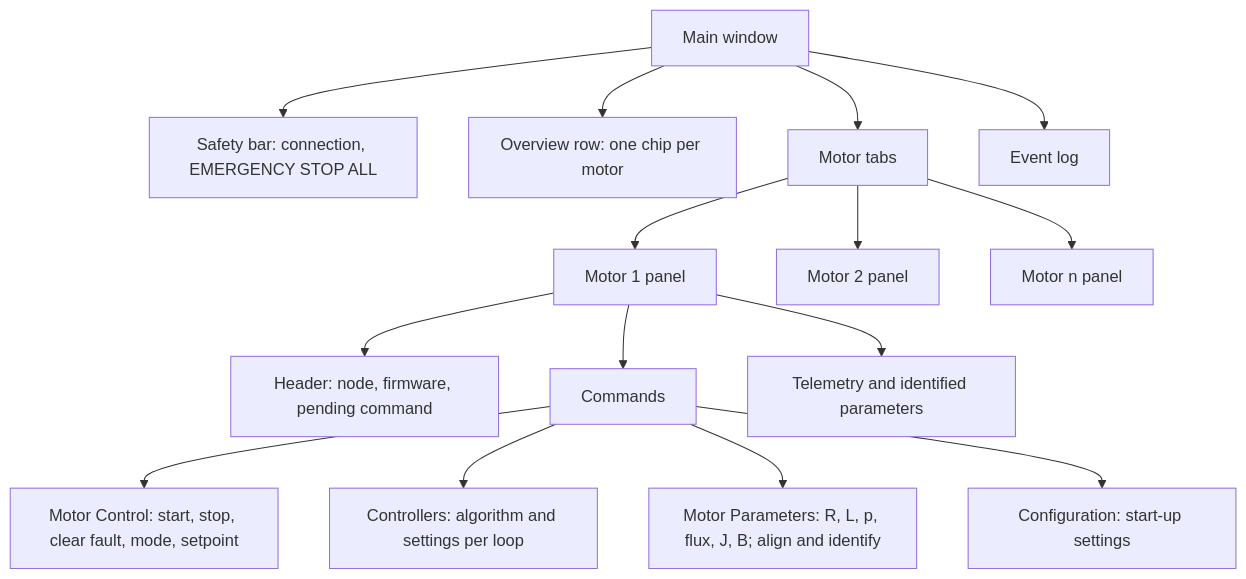
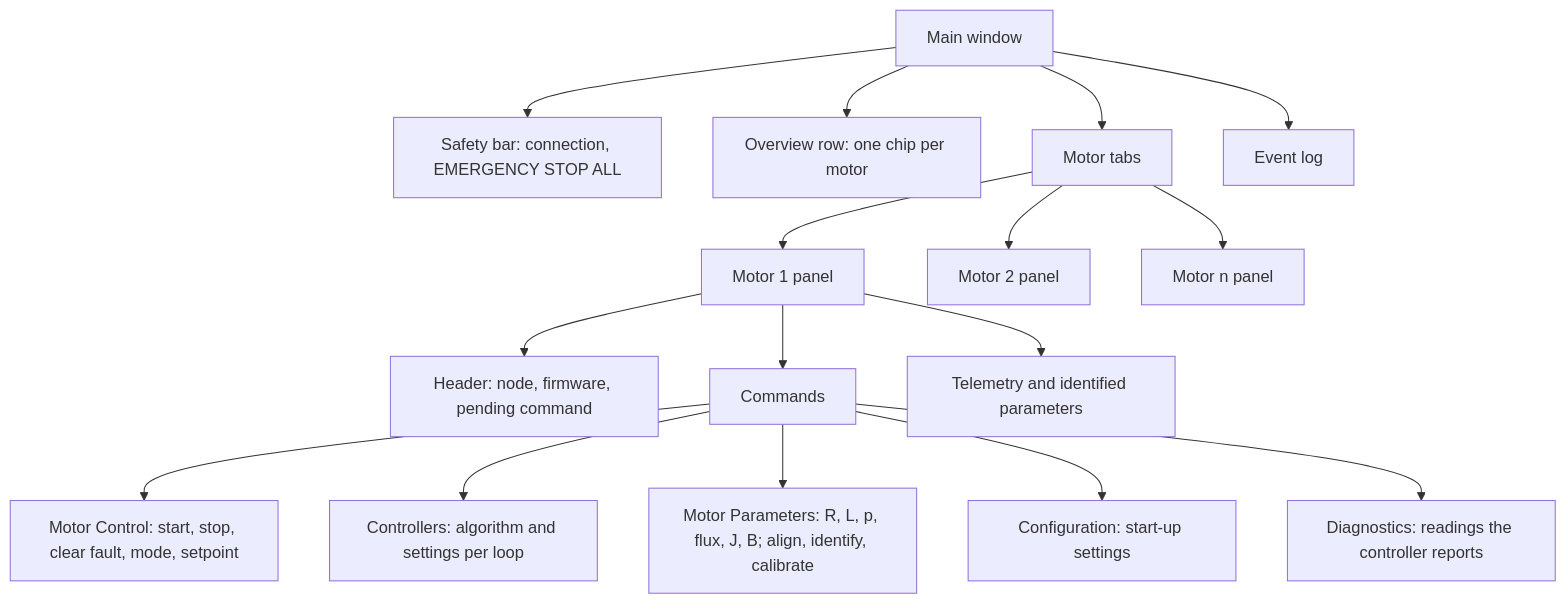
Before and after one commit to embedded-pro/e-foc: the first of 8 diagrams in documentation/design/tool-can-commander.md, drawn with Mermaid. The commit also changed other lines of this file and 108 other files, not shown here.

````diff
--- a/documentation/design/tool-can-commander.md
+++ b/documentation/design/tool-can-commander.md
@@ -71,17 +71,18 @@
 ```mermaid
 graph TD
     Window["Main window"] --> Safety["Safety bar: connection, EMERGENCY STOP ALL"]
     Window --> Overview["Overview row: one chip per motor"]
     Window --> Tabs["Motor tabs"]
     Window --> Log["Event log"]
     Tabs --> M1["Motor 1 panel"]
     Tabs --> M2["Motor 2 panel"]
     Tabs --> Mn["Motor n panel"]
     M1 --> Header["Header: node, firmware, pending command"]
     M1 --> Commands["Commands"]
     M1 --> Telemetry["Telemetry and identified parameters"]
     Commands --> Control["Motor Control: start, stop, clear fault, mode, setpoint"]
     Commands --> Controllers["Controllers: algorithm and settings per loop"]
-    Commands --> Parameters["Motor Parameters: R, L, p, flux, J, B; align and identify"]
+    Commands --> Parameters["Motor Parameters: R, L, p, flux, J, B; align, identify, calibrate"]
     Commands --> Configuration["Configuration: start-up settings"]
+    Commands --> Diagnostics["Diagnostics: readings the controller reports"]
 ```
````
